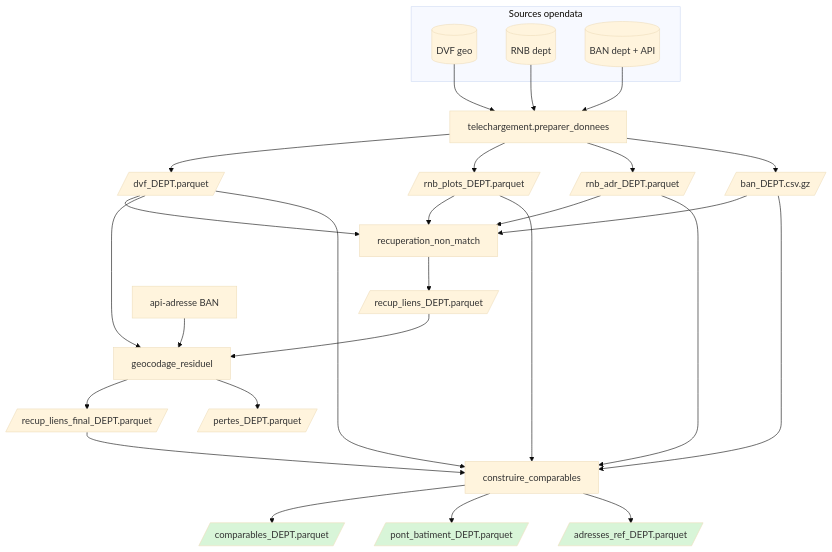
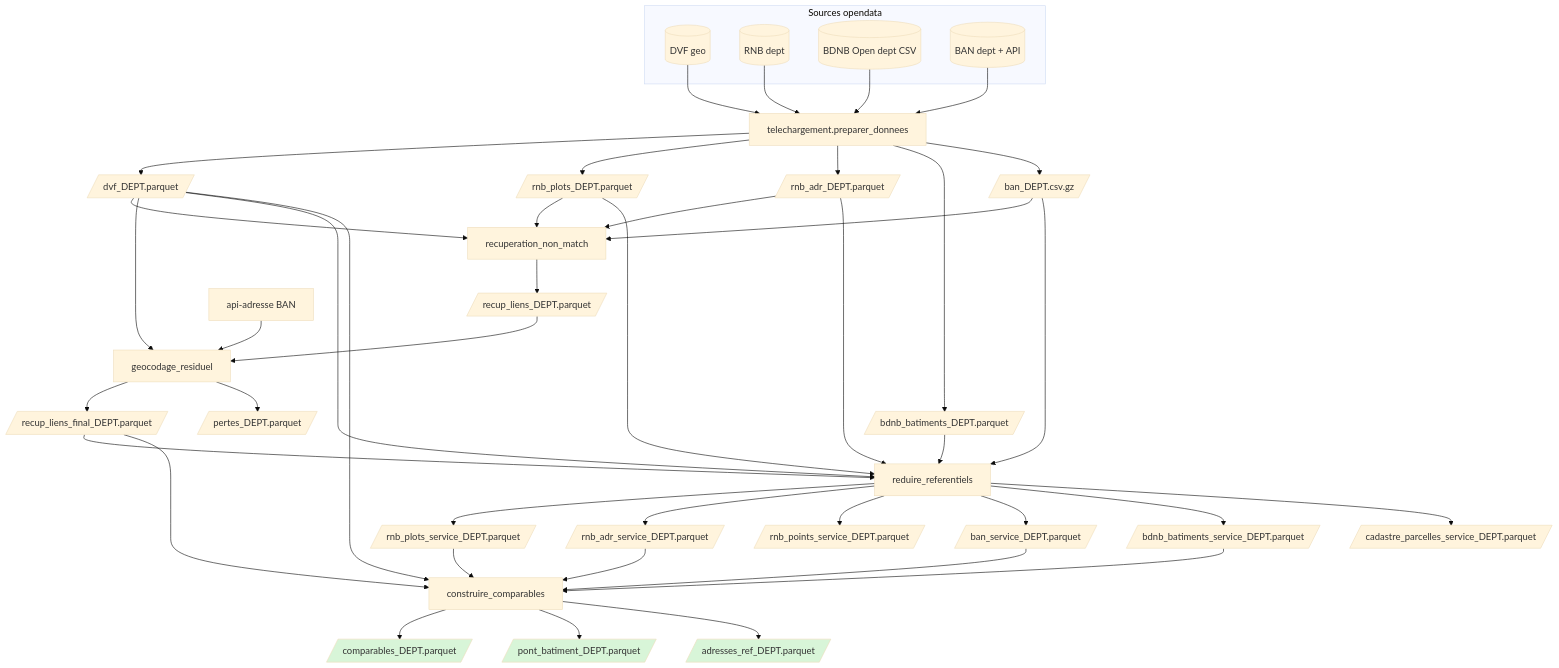
One commit to WildBenji/primmobilier changed the first of 2 diagrams in docs/PIPELINE.md. Above: the diagram before and after it, drawn with Mermaid (base theme). The commit also changed other lines of this file and 8 other files, not shown here.

````diff
--- a/docs/PIPELINE.md
+++ b/docs/PIPELINE.md
@@ -39,41 +44,58 @@
 ```mermaid
 flowchart TD
     subgraph SRC[Sources opendata]
         DVF[(DVF geo)]
         RNB[(RNB dept)]
+        BDNB[(BDNB Open dept CSV)]
         BAN[(BAN dept + API)]
     end
 
     DVF --> PREP[telechargement.preparer_donnees]
     RNB --> PREP
+    BDNB --> PREP
     BAN --> PREP
     PREP --> I1[/dvf_DEPT.parquet/]
     PREP --> I2[/rnb_plots_DEPT.parquet/]
     PREP --> I3[/rnb_adr_DEPT.parquet/]
-    PREP --> I4[/ban_DEPT.csv.gz/]
+    PREP --> I4[/bdnb_batiments_DEPT.parquet/]
+    PREP --> I5[/ban_DEPT.csv.gz/]
 
     I1 --> REC[recuperation_non_match]
     I2 --> REC
     I3 --> REC
-    I4 --> REC
+    I5 --> REC
     REC --> RL[/recup_liens_DEPT.parquet/]
 
     RL --> GEO[geocodage_residuel]
     I1 --> GEO
     BANAPI[api-adresse BAN] --> GEO
     GEO --> RLF[/recup_liens_final_DEPT.parquet/]
     GEO --> PERTES[/pertes_DEPT.parquet/]
 
+    RLF --> RED[reduire_referentiels]
+    I1 --> RED
+    I2 --> RED
+    I3 --> RED
+    I4 --> RED
+    I5 --> RED
+    RED --> S1[/rnb_plots_service_DEPT.parquet/]
+    RED --> S2[/rnb_adr_service_DEPT.parquet/]
+    RED --> S3[/rnb_points_service_DEPT.parquet/]
+    RED --> S4[/ban_service_DEPT.parquet/]
+    RED --> S5[/bdnb_batiments_service_DEPT.parquet/]
+    RED --> S6[/cadastre_parcelles_service_DEPT.parquet/]
+
     RLF --> CMP[construire_comparables]
     I1 --> CMP
-    I2 --> CMP
-    I3 --> CMP
-    I4 --> CMP
+    S1 --> CMP
+    S2 --> CMP
+    S4 --> CMP
+    S5 --> CMP
     CMP --> C1[/comparables_DEPT.parquet/]
     CMP --> C2[/pont_batiment_DEPT.parquet/]
     CMP --> C3[/adresses_ref_DEPT.parquet/]
 
     style C1 fill:#d8f5d8
     style C2 fill:#d8f5d8
     style C3 fill:#d8f5d8
 ```
````
